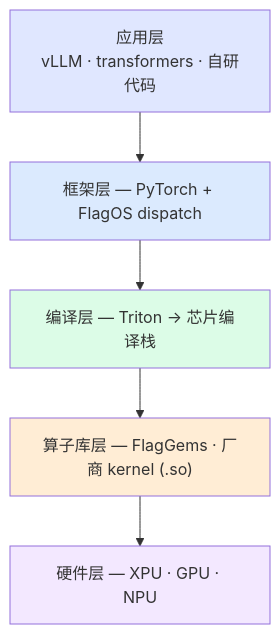
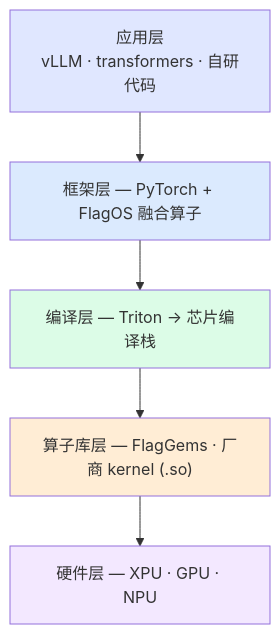
The diagram in README.md (FLAG-OP/FlagOS-OP), drawn with Mermaid before and after one commit. The commit also changed other lines of this file and 15 other files, not shown here.

````diff
--- a/README.md
+++ b/README.md
@@ -19,16 +19,16 @@
 ```mermaid
 flowchart TB
     APP["应用层<br/>vLLM · transformers · 自研代码"]
-    FW["框架层 — PyTorch + FlagOS dispatch"]
+    FW["框架层 — PyTorch + FlagOS 融合算子"]
     COMP["编译层 — Triton → 芯片编译栈"]
     OP["算子库层 — FlagGems · 厂商 kernel (.so)"]
     HW["硬件层 — XPU · GPU · NPU"]
 
     APP --> FW --> COMP --> OP --> HW
 
     style APP fill:#e0e7ff
     style FW fill:#dbeafe
     style COMP fill:#dcfce7
     style OP fill:#ffedd5
     style HW fill:#f3e8ff
 ```
````
